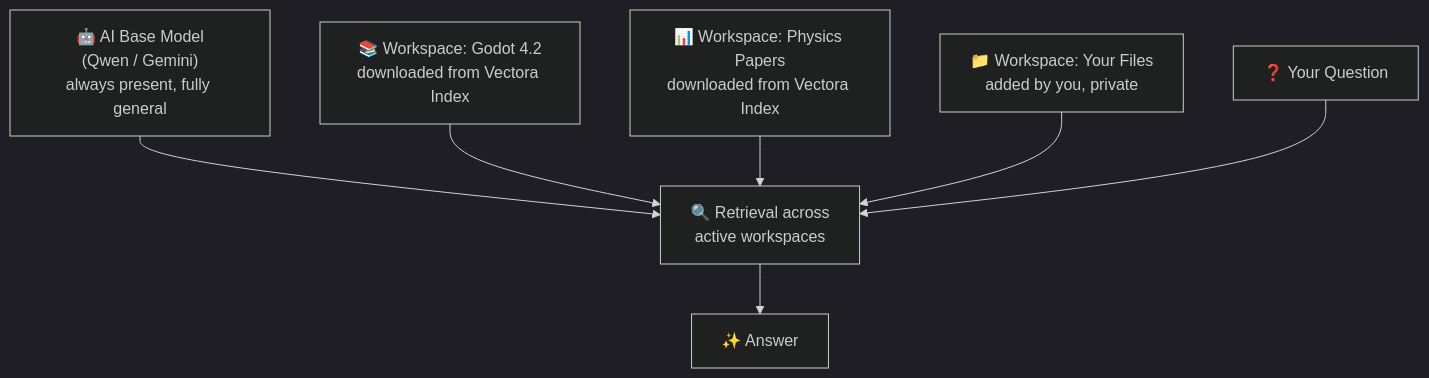
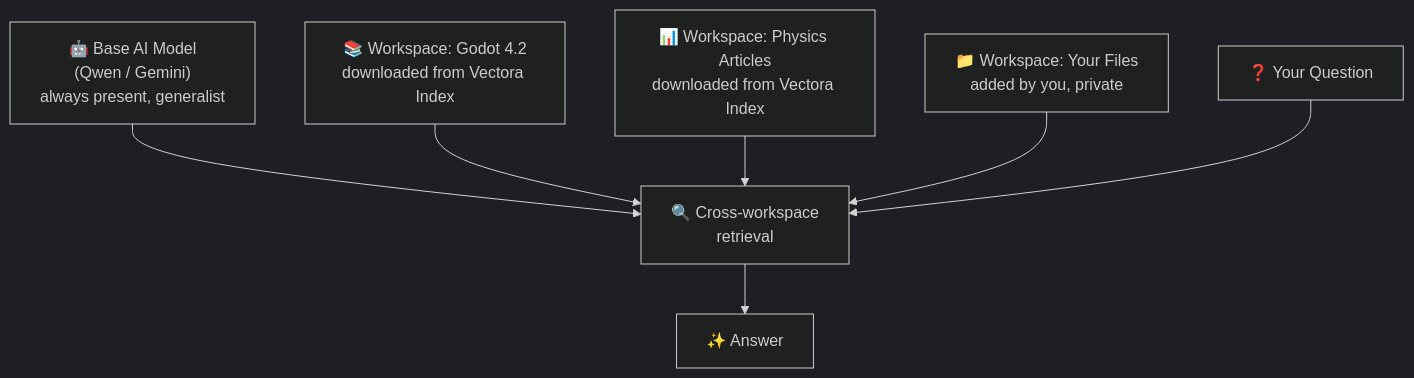
One commit to Kaffyn/Vectora changed the diagram in README.md. Above: the diagram before and after it, drawn with Mermaid (dark theme). The commit also changed other lines of this file and 21 other files, not shown here.

````diff
--- a/README.md
+++ b/README.md
@@ -27,17 +52,17 @@
 ```mermaid
 graph TD
-    A["🤖 AI Base Model<br/>(Qwen / Gemini)<br/>always present, fully general"]
+    A["🤖 Base AI Model<br/>(Qwen / Gemini)<br/>always present, generalist"]
     B["📚 Workspace: Godot 4.2<br/>downloaded from Vectora Index"]
-    C["📊 Workspace: Physics Papers<br/>downloaded from Vectora Index"]
+    C["📊 Workspace: Physics Articles<br/>downloaded from Vectora Index"]
     D["📁 Workspace: Your Files<br/>added by you, private"]
     E["❓ Your Question"]
-    F["🔍 Retrieval across<br/>active workspaces"]
+    F["🔍 Cross-workspace<br/>retrieval"]
     G["✨ Answer"]
 
     A --> F
     B --> F
     C --> F
     D --> F
     E --> F
     F --> G
 ```
````
